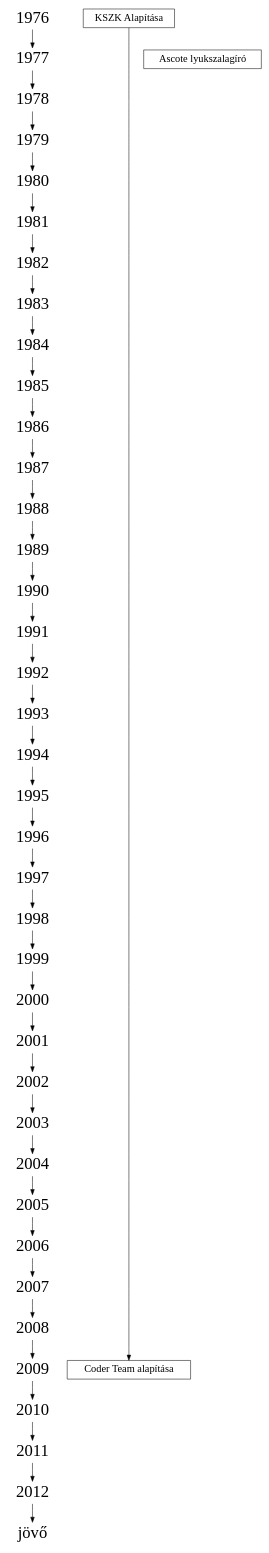
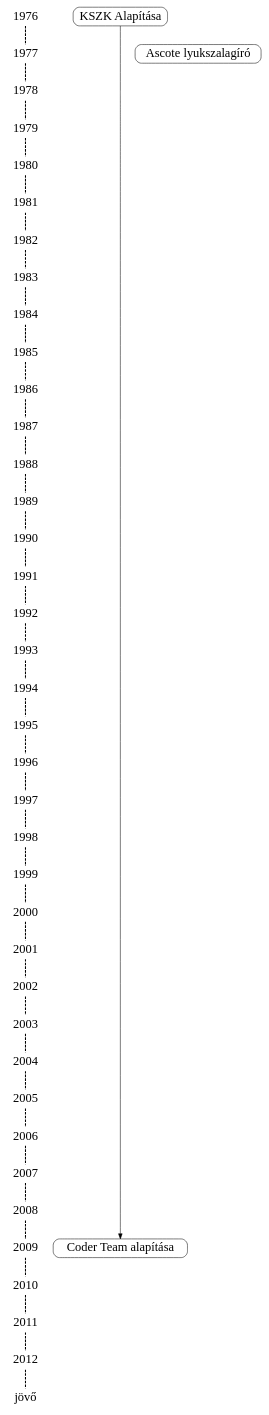
One commit to Cangooroo/KSZK changed the diagram in timeline.dot. Above: the diagram before and after it, drawn with Graphviz.

```diff
--- a/timeline.dot
+++ b/timeline.dot
@@ -1,139 +1,155 @@
 digraph timeline {
 
 	size = "5,40"
 
 	// Évek
 	node [
-		fontsize = 32,
+		fontsize = 24,
+		fontname = "CMU Typewriter Text",
 		shape = plaintext
+	];
+	edge [
+		//color = "#888888",
+		style = dashed,
+		penwidth = 2,
+		arrowhead = none
 	];
 	1976 -> 1977 -> 1978 -> 1979 -> 1980 -> 1981;
 	1981 -> 1982 -> 1983 -> 1984 -> 1985 -> 1986;
 	1986 -> 1987 -> 1988 -> 1989 -> 1990 -> 1991;
 	1991 -> 1992 -> 1993 -> 1994 -> 1995 -> 1996;
 	1996 -> 1997 -> 1998 -> 1999 -> 2000 -> 2001;
 	2001 -> 2002 -> 2003 -> 2004 -> 2005 -> 2006;
 	2006 -> 2007 -> 2008 -> 2009 -> 2010 -> 2011;
 	2011 -> 2012 -> jövő;
 
 	// Események
 	node [
-		fontsize = 20,
-		shape = box
+		fontsize = 24,
+		fontname = "CMU Typewriter Text",
+		shape = box,
+		style = rounded
+	];
+	edge [
+		style = solid,
+		color = "#000000",
+		penwidth = 1,
+		arrowhead = normal,
+		arrowsize = 1,
 	];
 	// Események, évek szerint
 	{ rank=same; 1976
 		KSZKAlapitas [ label = "KSZK Alapítása" ]
 	}
 	{ rank=same; 1977
 		Ascote [ label = "Ascote lyukszalagíró" ]
 	}
 	{ rank=same; 1978
 		//...
 	}
 	{ rank=same; 1979
 		//...
 	}
 	{ rank=same; 1980
 		//...
 	}
 	{ rank=same; 1981
 		//...
 	}
 	{ rank=same; 1982
 		//...
 	}
 	{ rank=same; 1983
 		//...
 	}
 	{ rank=same; 1984
 		//...
 	}
 	{ rank=same; 1985
 		//...
 	}
 	{ rank=same; 1986
 		//...
 	}
 	{ rank=same; 1987
 		//...
 	}
 	{ rank=same; 1988
 		//...
 	}
 	{ rank=same; 1989
 		//...
 	}
 	{ rank=same; 1990
 		//...
 	}
 	{ rank=same; 1991
 		//...
 	}
 	{ rank=same; 1992
 		//...
 	}
 	{ rank=same; 1993
 		//...
 	}
 	{ rank=same; 1994
 		//...
 	}
 	{ rank=same; 1995
 		//...
 	}
 	{ rank=same; 1996
 		//...
 	}
 	{ rank=same; 1997
 		//...
 	}
 	{ rank=same; 1998
 		//...
 	}
 	{ rank=same; 1999
 		//...
 	}
 	{ rank=same; 2000
 		//...
 	}
 	{ rank=same; 2001
 		//...
 	}
 	{ rank=same; 2002
 		//...
 	}
 	{ rank=same; 2003
 		//...
 	}
 	{ rank=same; 2004
 		//...
 	}
 	{ rank=same; 2005
 		//...
 	}
 	{ rank=same; 2006
 		//...
 	}
 	{ rank=same; 2007
 		//...
 	}
 	{ rank=same; 2008
 		//...
 	}
 	{ rank=same; 2009
 		CoderTeam [ label = "Coder Team alapítása" ]
 	}
 	{ rank=same; 2010
 		//...
 	}
 	{ rank=same; 2011
 		//...
 	}
 	{ rank=same; 2012
 		//...
 	}
 	
 	// Csoport összekötések
 	KSZKAlapitas -> CoderTeam;
 }
```
